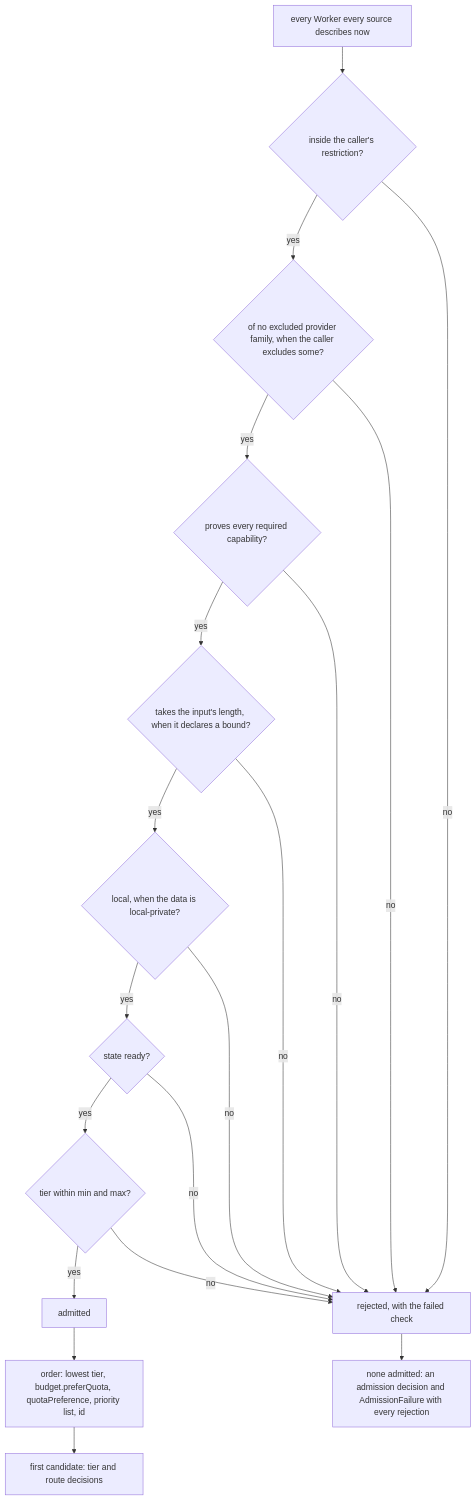
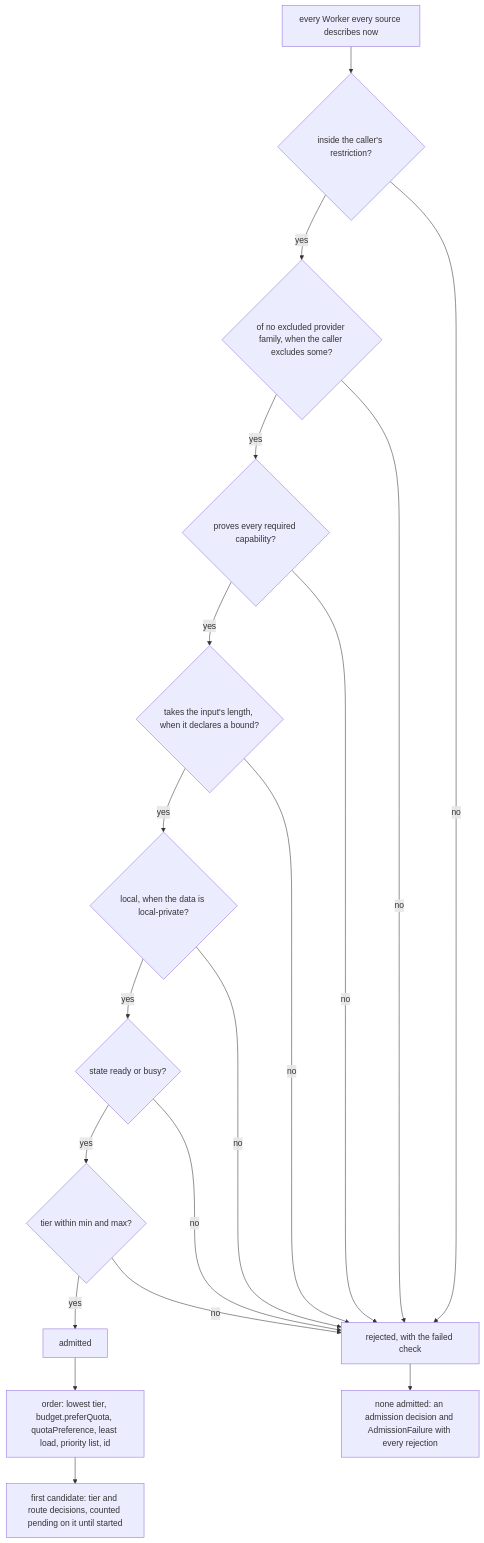
Before and after one commit to tsuuanmi/system: the diagram in docs/design/routing.md, drawn with Mermaid. The commit also changed other lines of this file and 17 other files, not shown here.

First line of the commit message:
routing: the least busy of equally ranked Workers takes the work, with routes not started yet counted (ADR-0033)

````diff
--- a/docs/design/routing.md
+++ b/docs/design/routing.md
@@ -66,21 +66,21 @@
 ```mermaid
 flowchart TD
   A[every Worker every source describes now] --> B{inside the caller's restriction?}
   B -->|yes| X{"of no excluded provider family, when the caller excludes some?"}
   X -->|yes| C{proves every required capability?}
   C -->|yes| L{"takes the input's length, when it declares a bound?"}
   L -->|yes| D{local, when the data is local-private?}
-  D -->|yes| E{state ready?}
+  D -->|yes| E{state ready or busy?}
   E -->|yes| F{tier within min and max?}
   F -->|yes| G[admitted]
   B -->|no| R[rejected, with the failed check]
   X -->|no| R
   C -->|no| R
   L -->|no| R
   D -->|no| R
   E -->|no| R
   F -->|no| R
-  G --> H["order: lowest tier, budget.preferQuota, quotaPreference, priority list, id"]
-  H --> I[first candidate: tier and route decisions]
+  G --> H["order: lowest tier, budget.preferQuota, quotaPreference, least load, priority list, id"]
+  H --> I[first candidate: tier and route decisions, counted pending on it until started]
   R --> J[none admitted: an admission decision and AdmissionFailure with every rejection]
 ```
````
